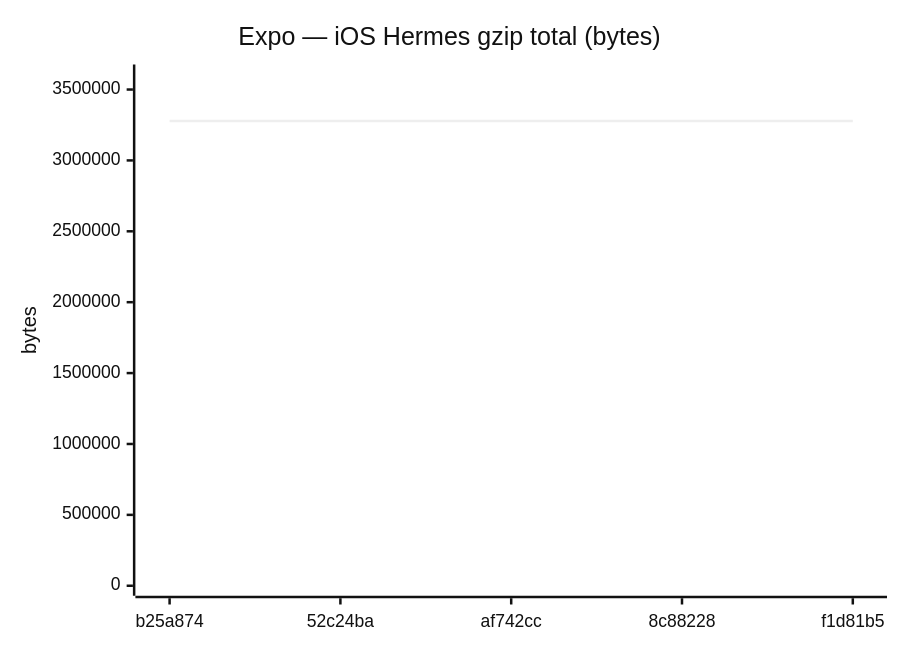
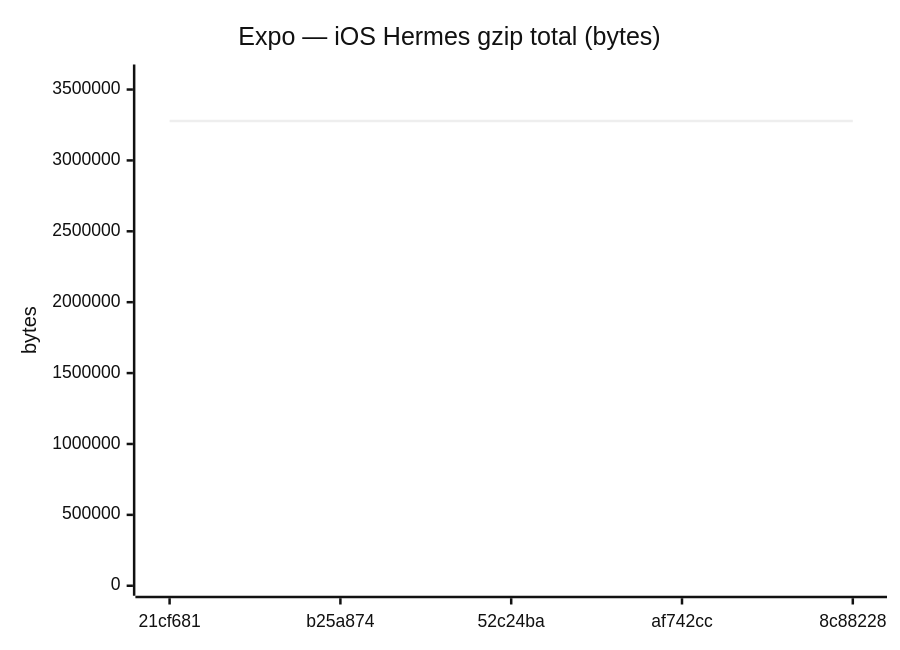
One commit to Metaheurist/Rianell changed diagram 12 of 18 in benchmarks/compare.md. Above: the diagram before and after it, drawn with Mermaid (neutral theme). The commit also changed other lines of this file and 11 other files, not shown here.

````diff
--- a/benchmarks/compare.md
+++ b/benchmarks/compare.md
@@ -179,7 +179,7 @@
 ```mermaid
 xychart-beta
     title "Expo — iOS Hermes gzip total (bytes)"
-    x-axis ["b25a874", "52c24ba", "af742cc", "8c88228", "f1d81b5"]
-    y-axis "bytes" 0 --> 3606021
-    line [3278199, 3278191, 3278197, 3277689, 3278200]
+    x-axis ["21cf681", "b25a874", "52c24ba", "af742cc", "8c88228"]
+    y-axis "bytes" 0 --> 3606019
+    line [3278198, 3278199, 3278191, 3278197, 3277689]
 ```
````
